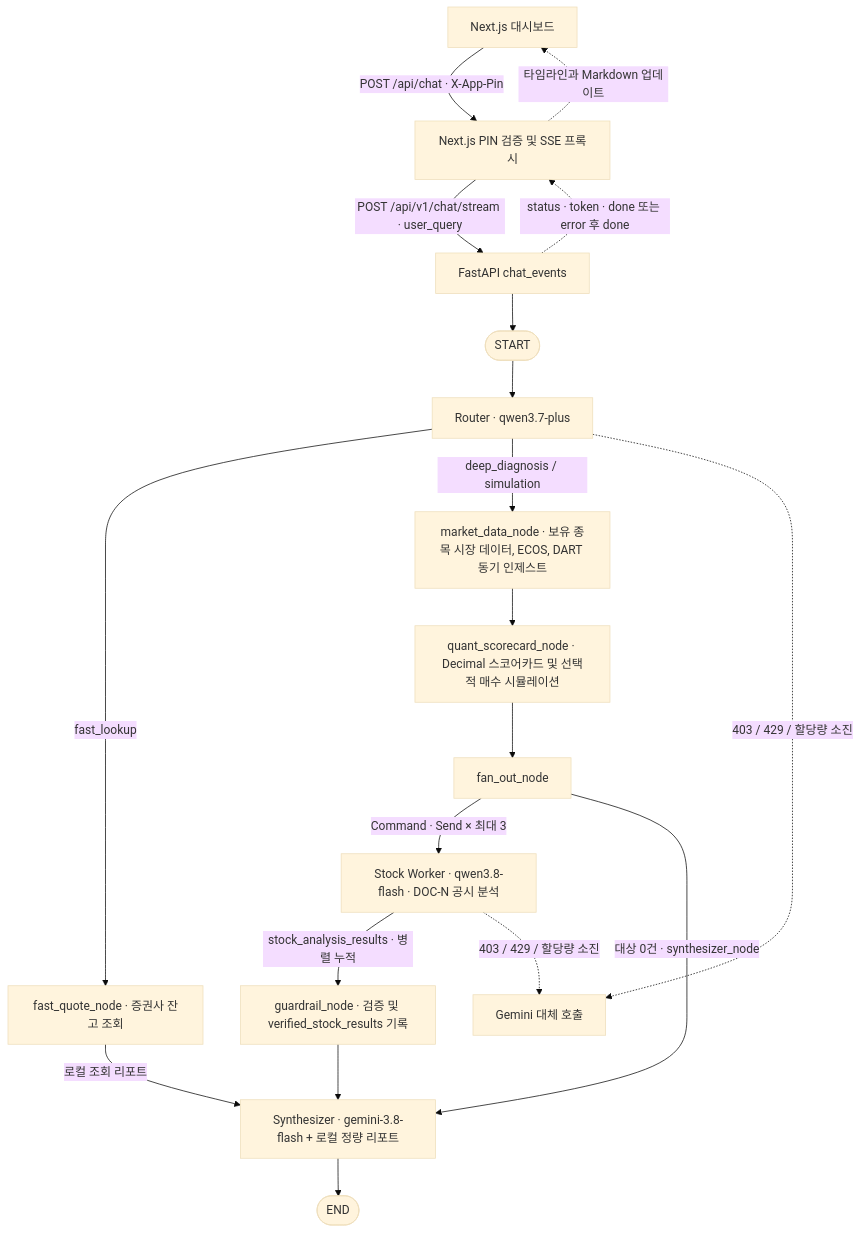
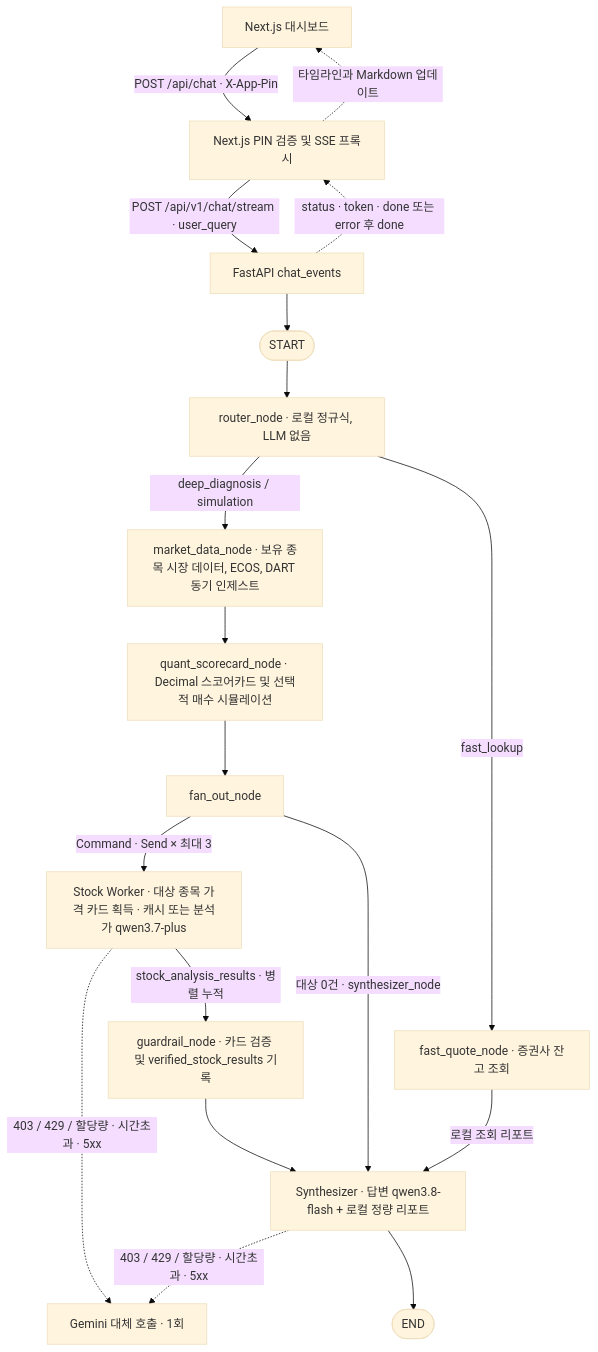
The second of 2 diagrams in README.md (kimps005/finguard-ai), drawn with Mermaid (base theme) before and after one commit. The commit also changed other lines of this file and 5 other files, not shown here.

````diff
--- a/README.md
+++ b/README.md
@@ -139,21 +139,21 @@
 ```mermaid
 flowchart TD
     dashboard["Next.js 대시보드"] -->|"POST /api/chat · X-App-Pin"| proxy["Next.js PIN 검증 및 SSE 프록시"]
     proxy -->|"POST /api/v1/chat/stream · user_query"| http["FastAPI chat_events"]
     http --> startNode(["START"])
-    startNode --> router["Router · qwen3.7-plus"]
+    startNode --> router["router_node · 로컬 정규식, LLM 없음"]
     router -->|"fast_lookup"| fastQuote["fast_quote_node · 증권사 잔고 조회"]
     router -->|"deep_diagnosis / simulation"| market["market_data_node · 보유 종목 시장 데이터, ECOS, DART 동기 인제스트"]
     market --> quant["quant_scorecard_node · Decimal 스코어카드 및 선택적 매수 시뮬레이션"]
     quant --> fanOut["fan_out_node"]
-    fanOut -->|"Command · Send × 최대 3"| stockWorker["Stock Worker · qwen3.8-flash · DOC-N 공시 분석"]
-    stockWorker -->|"stock_analysis_results · 병렬 누적"| guardrail["guardrail_node · 검증 및 verified_stock_results 기록"]
-    guardrail --> synthesizer["Synthesizer · gemini-3.8-flash + 로컬 정량 리포트"]
+    fanOut -->|"Command · Send × 최대 3"| stockWorker["Stock Worker · 대상 종목 가격 카드 획득 · 캐시 또는 분석가 qwen3.7-plus"]
+    stockWorker -->|"stock_analysis_results · 병렬 누적"| guardrail["guardrail_node · 카드 검증 및 verified_stock_results 기록"]
+    guardrail --> synthesizer["Synthesizer · 답변 qwen3.8-flash + 로컬 정량 리포트"]
     fanOut -->|"대상 0건 · synthesizer_node"| synthesizer
     fastQuote -->|"로컬 조회 리포트"| synthesizer
-    router -.->|"403 / 429 / 할당량 소진"| fallback["Gemini 대체 호출"]
-    stockWorker -.->|"403 / 429 / 할당량 소진"| fallback
+    stockWorker -.->|"403 / 429 / 할당량 · 시간초과 · 5xx"| fallback["Gemini 대체 호출 · 1회"]
+    synthesizer -.->|"403 / 429 / 할당량 · 시간초과 · 5xx"| fallback
     synthesizer --> endNode(["END"])
     http -.->|"status · token · done 또는 error 후 done"| proxy
     proxy -.->|"타임라인과 Markdown 업데이트"| dashboard
 ```
````
